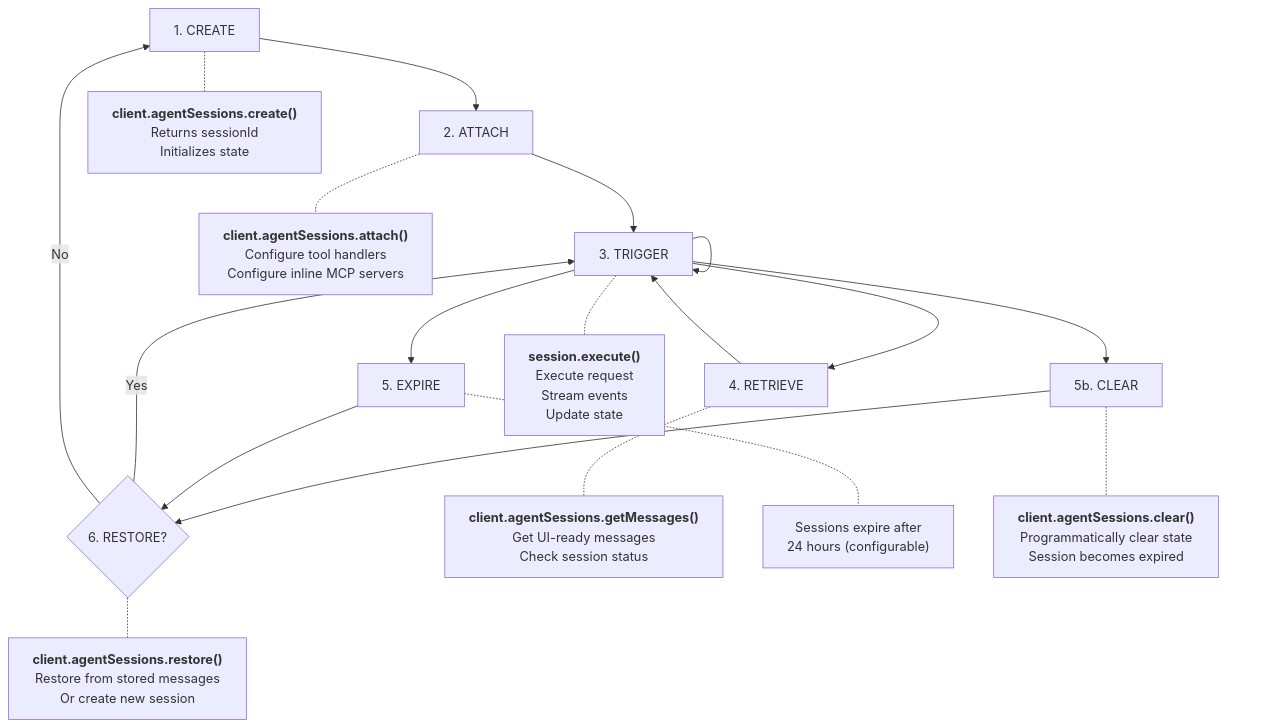
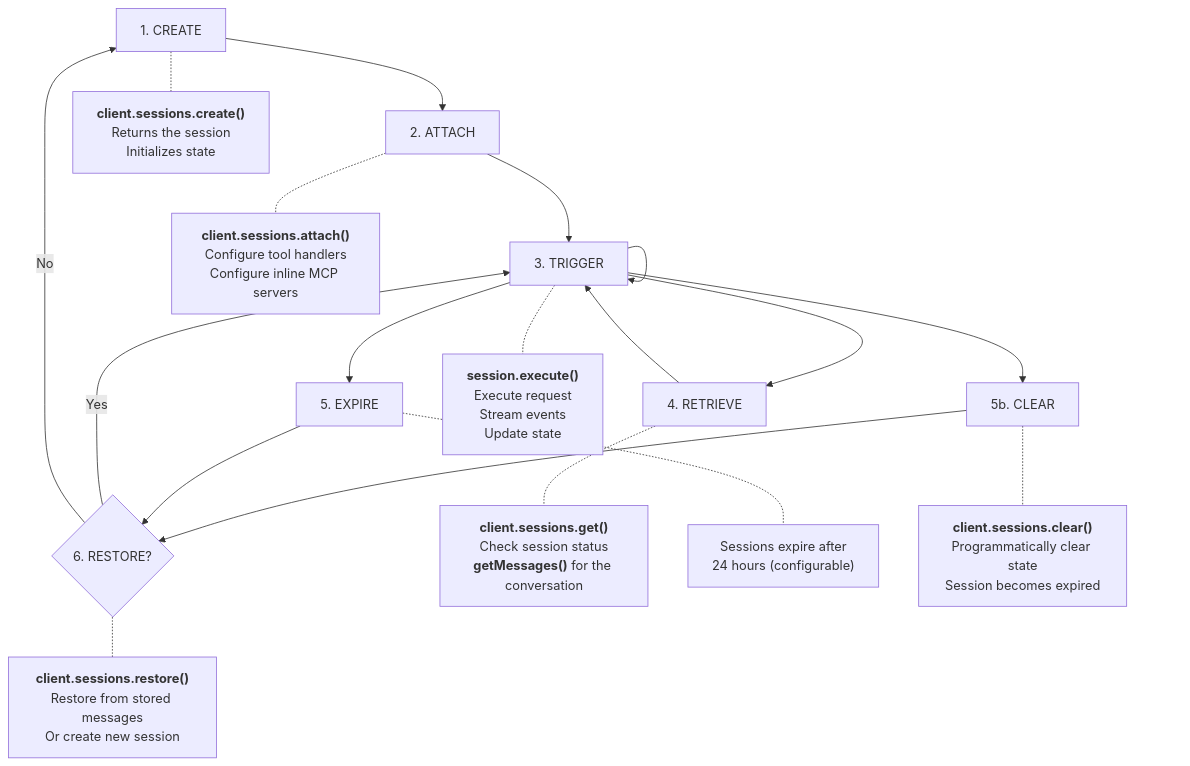
The diagram in packages/docs/content/02-server-sdk/02-sessions.md (octavus-ai/agent-sdk), drawn with Mermaid before and after one commit. The commit also changed other lines of this file and 65 other files, not shown here.

````diff
--- a/packages/docs/content/02-server-sdk/02-sessions.md
+++ b/packages/docs/content/02-server-sdk/02-sessions.md
@@ -395,42 +389,42 @@
 ```mermaid
 flowchart TD
     A[1. CREATE] --> B[2. ATTACH]
     B --> C[3. TRIGGER]
     C --> C
     C --> D[4. RETRIEVE]
     D --> C
     C --> E[5. EXPIRE]
     C --> G[5b. CLEAR]
     G --> F
     E --> F{6. RESTORE?}
     F -->|Yes| C
     F -->|No| A
 
-    A -.- A1["`**client.agentSessions.create()**
-    Returns sessionId
+    A -.- A1["`**client.sessions.create()**
+    Returns the session
     Initializes state`"]
 
-    B -.- B1["`**client.agentSessions.attach()**
+    B -.- B1["`**client.sessions.attach()**
     Configure tool handlers
     Configure inline MCP servers`"]
 
     C -.- C1["`**session.execute()**
     Execute request
     Stream events
     Update state`"]
 
-    D -.- D1["`**client.agentSessions.getMessages()**
-    Get UI-ready messages
-    Check session status`"]
+    D -.- D1["`**client.sessions.get()**
+    Check session status
+    **getMessages()** for the conversation`"]
 
     E -.- E1["`Sessions expire after
     24 hours (configurable)`"]
 
-    G -.- G1["`**client.agentSessions.clear()**
+    G -.- G1["`**client.sessions.clear()**
     Programmatically clear state
     Session becomes expired`"]
 
-    F -.- F1["`**client.agentSessions.restore()**
+    F -.- F1["`**client.sessions.restore()**
     Restore from stored messages
     Or create new session`"]
 ```
````
